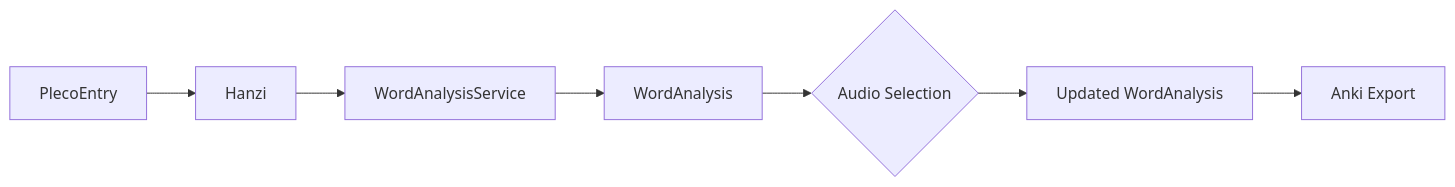
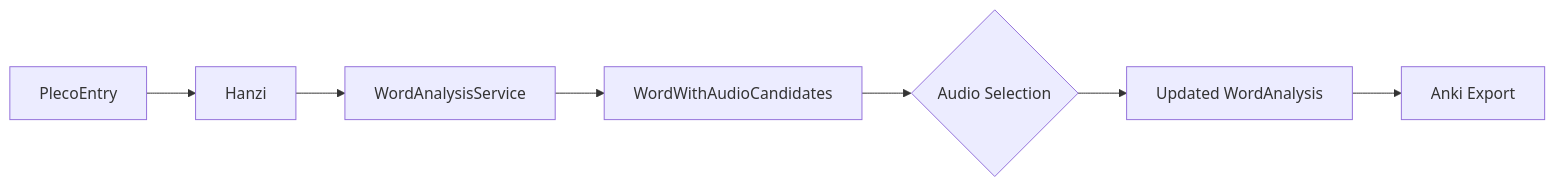
Before and after one commit to jorjao81/zh-learn2: the eighth of 13 diagrams in PARSE_PLECO_FLOW.md, drawn with Mermaid. The commit also changed other lines of this file and 5 other files, not shown here.

Commit message:
docs: architecture

````diff
--- a/PARSE_PLECO_FLOW.md
+++ b/PARSE_PLECO_FLOW.md
@@ -218,9 +235,9 @@
 ```mermaid
 flowchart LR
     A[PlecoEntry] --> B[Hanzi]
     B --> C[WordAnalysisService]
-    C --> D[WordAnalysis]
+    C --> D[WordWithAudioCandidates]
     D --> E{Audio Selection}
     E --> F[Updated WordAnalysis]
     F --> G[Anki Export]
 ```
````
